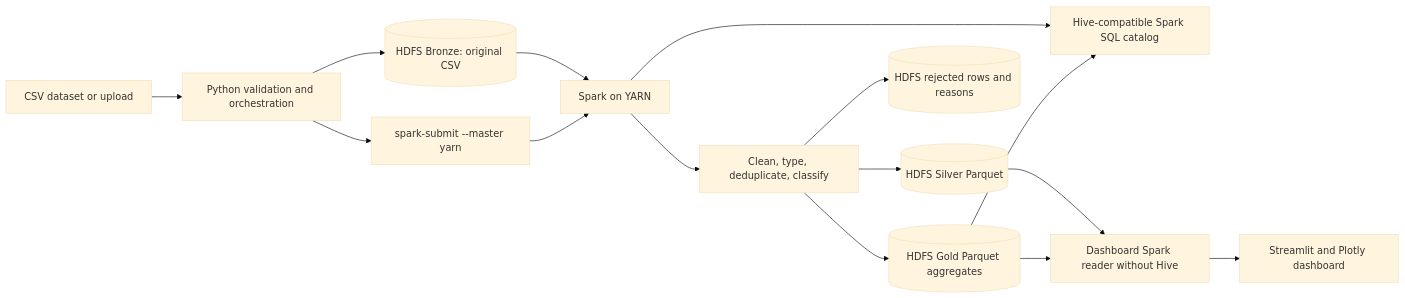
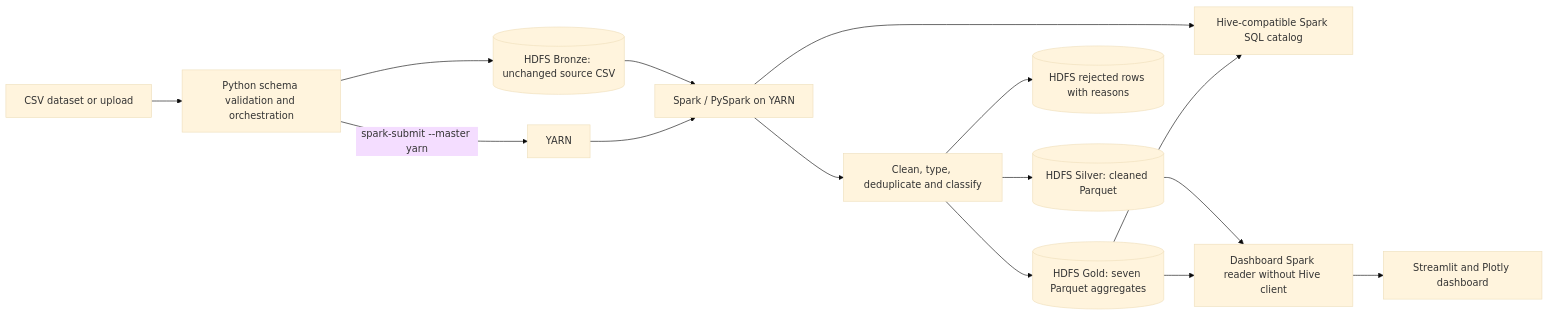
Before and after one commit to piyushsachdv/big-data-analytics-pipeline: the diagram in README.md, drawn with Mermaid (base theme). The commit also changed other lines of this file and 6 other files, not shown here.

````diff
--- a/README.md
+++ b/README.md
@@ -26,17 +19,17 @@
 ```mermaid
 flowchart LR
-    CSV[CSV dataset or upload] --> VALID[Python validation and orchestration]
-    VALID --> BRONZE[(HDFS Bronze: original CSV)]
-    VALID --> SUBMIT[spark-submit --master yarn]
-    BRONZE --> SPARK[Spark on YARN]
-    SUBMIT --> SPARK
-    SPARK --> CLEAN[Clean, type, deduplicate, classify]
-    CLEAN --> SILVER[(HDFS Silver Parquet)]
-    CLEAN --> REJECTED[(HDFS rejected rows and reasons)]
-    CLEAN --> GOLD[(HDFS Gold Parquet aggregates)]
+    CSV[CSV dataset or upload] --> VALID[Python schema validation and orchestration]
+    VALID --> BRONZE[(HDFS Bronze: unchanged source CSV)]
+    VALID -->|spark-submit --master yarn| YARN[YARN]
+    BRONZE --> SPARK[Spark / PySpark on YARN]
+    YARN --> SPARK
+    SPARK --> CLEAN[Clean, type, deduplicate and classify]
+    CLEAN --> SILVER[(HDFS Silver: cleaned Parquet)]
+    CLEAN --> REJECTED[(HDFS rejected rows with reasons)]
+    CLEAN --> GOLD[(HDFS Gold: seven Parquet aggregates)]
     SPARK --> CATALOG[Hive-compatible Spark SQL catalog]
     GOLD --> CATALOG
-    SILVER --> DASHREAD[Dashboard Spark reader without Hive]
+    SILVER --> DASHREAD[Dashboard Spark reader without Hive client]
     GOLD --> DASHREAD
     DASHREAD --> UI[Streamlit and Plotly dashboard]
 ```
````
